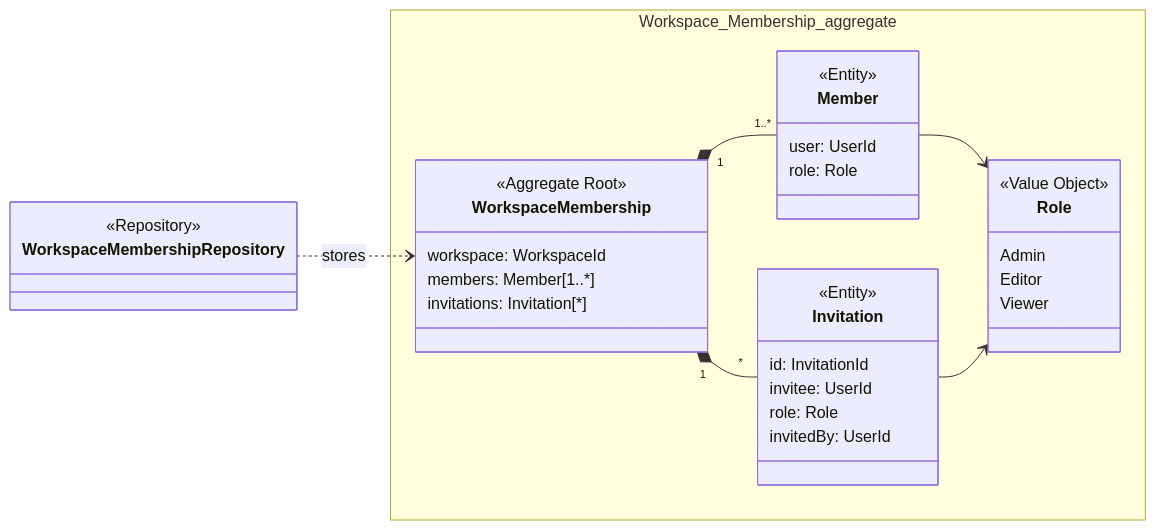
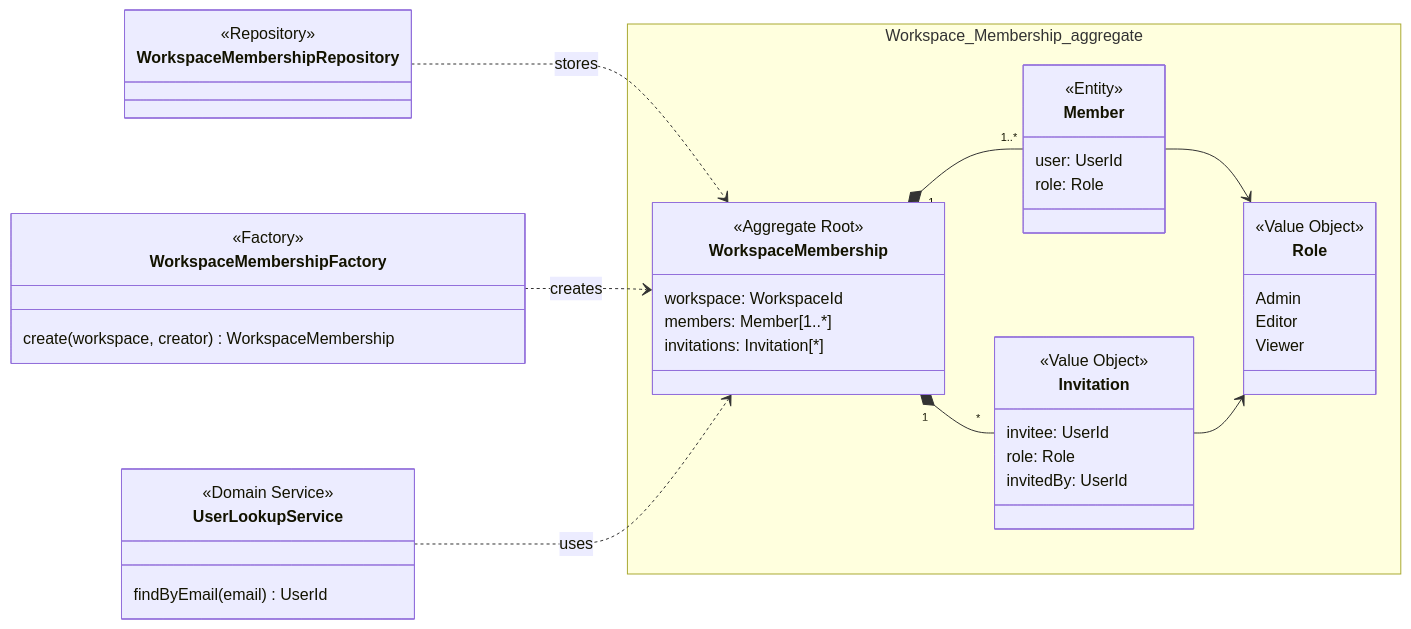
Before and after one commit to Bending-Forks/gotion: the second of 5 diagrams in _includes/tactical-design.md, drawn with Mermaid. The commit also changed other lines of this file, not shown here.

Commit message:
docs: make Invitation a value object, draw factories and services

````diff
--- a/_includes/tactical-design.md
+++ b/_includes/tactical-design.md
@@ -113,38 +114,47 @@
 ```mermaid
 classDiagram
   direction LR
   namespace Workspace_Membership_aggregate {
     class WorkspaceMembership {
       <<Aggregate Root>>
       workspace: WorkspaceId
       members: Member[1..*]
       invitations: Invitation[*]
     }
     class Member {
       <<Entity>>
       user: UserId
       role: Role
     }
     class Invitation {
-      <<Entity>>
-      id: InvitationId
+      <<Value Object>>
       invitee: UserId
       role: Role
       invitedBy: UserId
     }
     class Role {
       <<Value Object>>
       Admin
       Editor
       Viewer
     }
   }
   class WorkspaceMembershipRepository {
     <<Repository>>
   }
+  class WorkspaceMembershipFactory {
+    <<Factory>>
+    create(workspace, creator) WorkspaceMembership
+  }
+  class UserLookupService {
+    <<Domain Service>>
+    findByEmail(email) UserId
+  }
   WorkspaceMembership "1" *-- "1..*" Member
   WorkspaceMembership "1" *-- "*" Invitation
   Member --> Role
   Invitation --> Role
   WorkspaceMembershipRepository ..> WorkspaceMembership : stores
+  WorkspaceMembershipFactory ..> WorkspaceMembership : creates
+  UserLookupService ..> WorkspaceMembership : uses
 ```
````
